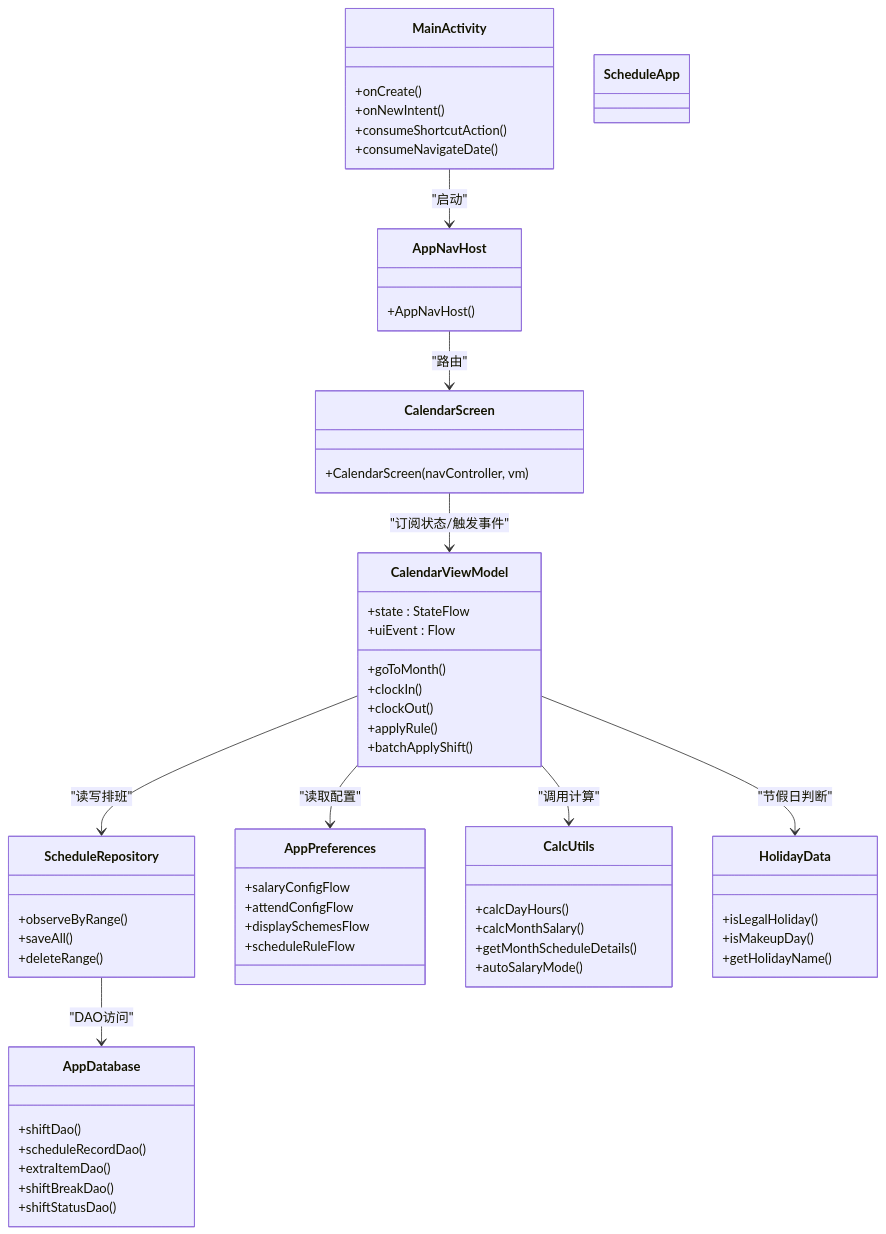
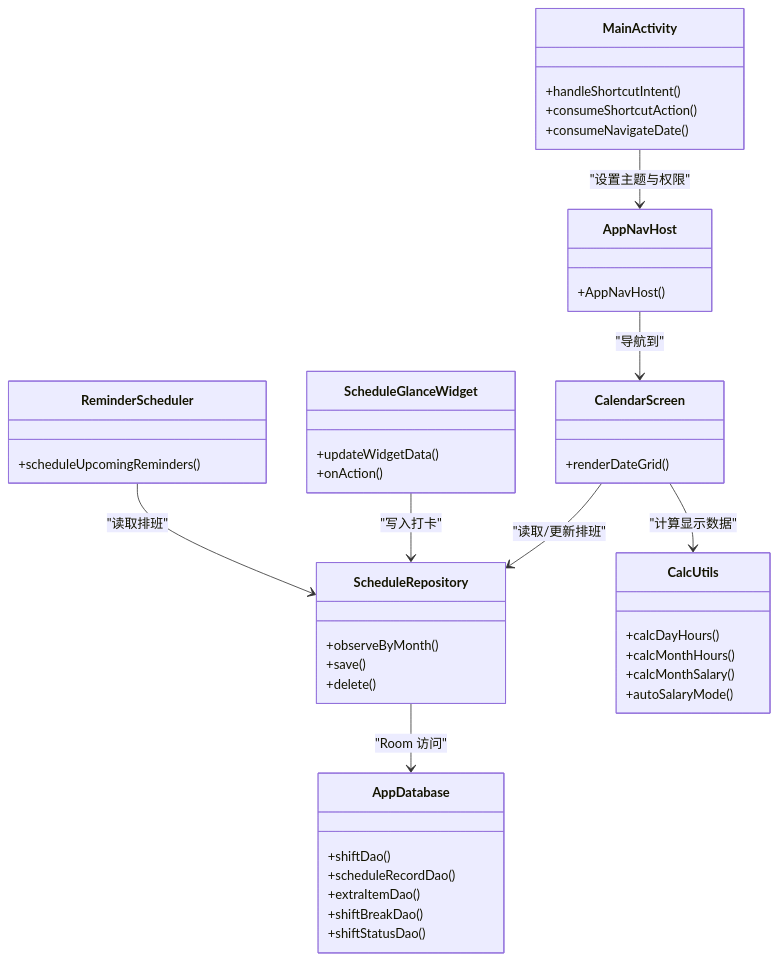
The second of 7 diagrams in .qoder/repowiki/zh/content/项目概述.md (xiaobai860/paibanrili), drawn with Mermaid before and after one commit. The commit also changed other lines of this file and 245 other files, not shown here.

````diff
--- a/.qoder/repowiki/zh/content/项目概述.md
+++ b/.qoder/repowiki/zh/content/项目概述.md
@@ -137,63 +120,46 @@
 ```mermaid
 classDiagram
 class MainActivity {
-+onCreate()
-+onNewIntent()
++handleShortcutIntent()
 +consumeShortcutAction()
 +consumeNavigateDate()
-}
-class ScheduleApp {
 }
 class AppNavHost {
 +AppNavHost()
 }
 class CalendarScreen {
-+CalendarScreen(navController, vm)
-}
-class CalendarViewModel {
-+state : StateFlow
-+uiEvent : Flow
-+goToMonth()
-+clockIn()
-+clockOut()
-+applyRule()
-+batchApplyShift()
++renderDateGrid()
 }
 class ScheduleRepository {
-+observeByRange()
-+saveAll()
-+deleteRange()
++observeByMonth()
++save()
++delete()
 }
 class AppDatabase {
 +shiftDao()
 +scheduleRecordDao()
 +extraItemDao()
 +shiftBreakDao()
 +shiftStatusDao()
 }
-class AppPreferences {
-+salaryConfigFlow
-+attendConfigFlow
-+displaySchemesFlow
-+scheduleRuleFlow
-}
 class CalcUtils {
 +calcDayHours()
++calcMonthHours()
 +calcMonthSalary()
-+getMonthScheduleDetails()
 +autoSalaryMode()
 }
-class HolidayData {
-+isLegalHoliday()
-+isMakeupDay()
-+getHolidayName()
+class ReminderScheduler {
++scheduleUpcomingReminders()
 }
-MainActivity --> AppNavHost : "启动"
-AppNavHost --> CalendarScreen : "路由"
-CalendarScreen --> CalendarViewModel : "订阅状态/触发事件"
-CalendarViewModel --> ScheduleRepository : "读写排班"
-CalendarViewModel --> AppPreferences : "读取配置"
-CalendarViewModel --> CalcUtils : "调用计算"
-CalendarViewModel --> HolidayData : "节假日判断"
-ScheduleRepository --> AppDatabase : "DAO访问"
+class ScheduleGlanceWidget {
++updateWidgetData()
++onAction()
+}
+MainActivity --> AppNavHost : "设置主题与权限"
+AppNavHost --> CalendarScreen : "导航到"
+CalendarScreen --> ScheduleRepository : "读取/更新排班"
+ScheduleRepository --> AppDatabase : "Room 访问"
+CalendarScreen --> CalcUtils : "计算显示数据"
+ScheduleGlanceWidget --> ScheduleRepository : "写入打卡"
+ReminderScheduler --> ScheduleRepository : "读取排班"
 ```
````
